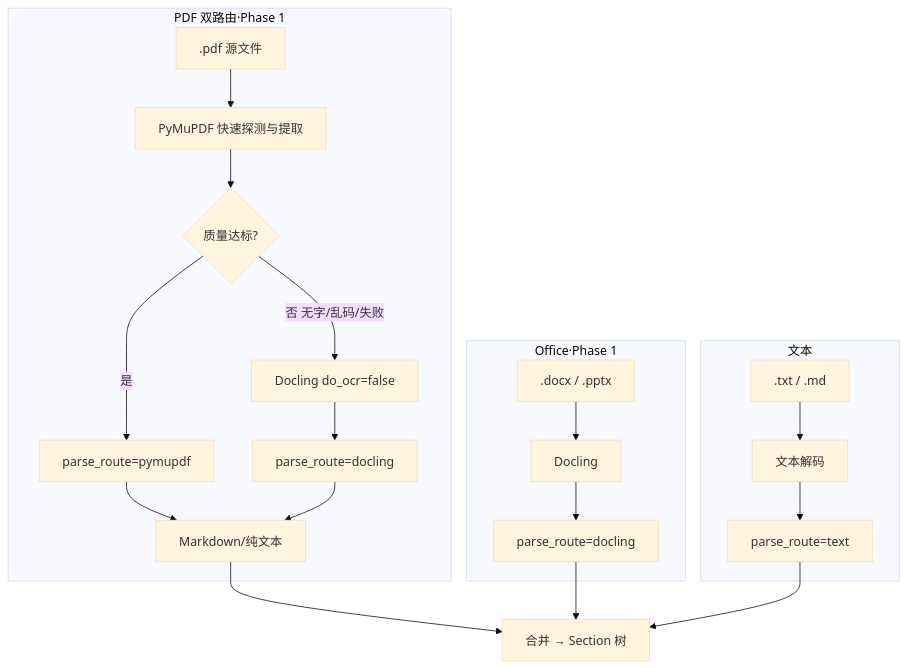
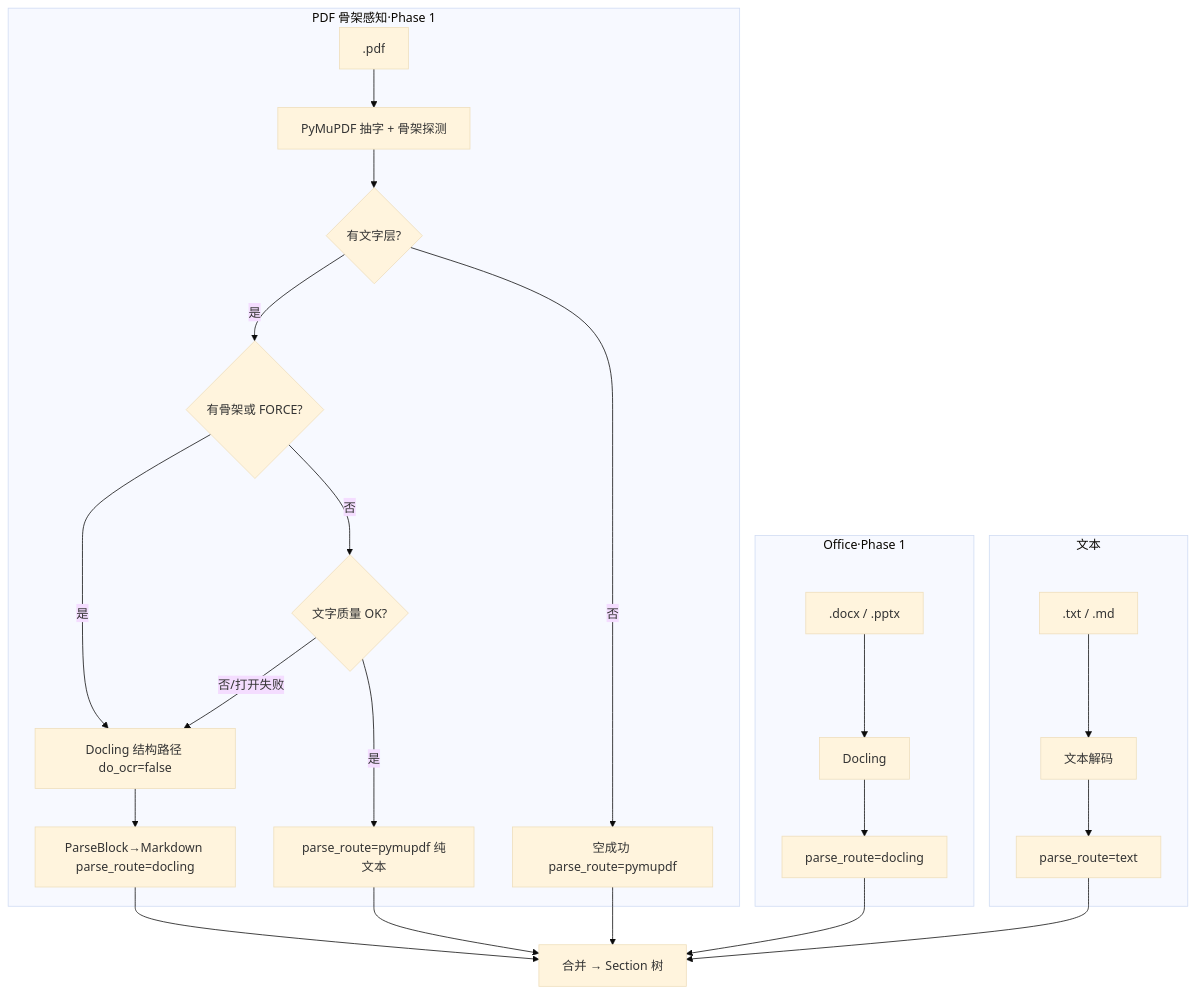
Before and after one commit to zmisi/rag-as-service: the second of 3 diagrams in docs/specs/phase1/features/F04-doc-indexing.md, drawn with Mermaid (base theme). The commit also changed other lines of this file and 11 other files, not shown here.

````diff
--- a/docs/specs/phase1/features/F04-doc-indexing.md
+++ b/docs/specs/phase1/features/F04-doc-indexing.md
@@ -61,23 +61,27 @@
 ```mermaid
 flowchart TD
-  subgraph pdf [PDF 双路由·Phase 1]
-    P0[.pdf 源文件] --> P1[PyMuPDF 快速探测与提取]
-    P1 --> P2{质量达标?}
-    P2 -->|是| P3[parse_route=pymupdf]
-    P2 -->|否 无字/乱码/失败| P4[Docling do_ocr=false]
-    P4 --> P5[parse_route=docling]
-    P3 --> P6[Markdown/纯文本]
-    P5 --> P6
+  subgraph pdf [PDF 骨架感知·Phase 1]
+    P0[.pdf] --> P1[PyMuPDF 抽字 + 骨架探测]
+    P1 --> E{有文字层?}
+    E -->|否| P0e[空成功 parse_route=pymupdf]
+    E -->|是| S{有骨架或 FORCE?}
+    S -->|是| P4[Docling 结构路径 do_ocr=false]
+    P4 --> P5[ParseBlock→Markdown parse_route=docling]
+    S -->|否| Q{文字质量 OK?}
+    Q -->|是| P3[parse_route=pymupdf 纯文本]
+    Q -->|否/打开失败| P4
   end
   subgraph office [Office·Phase 1]
     O0[.docx / .pptx] --> O1[Docling]
     O1 --> O2[parse_route=docling]
   end
   subgraph text [文本]
     T0[.txt / .md] --> T1[文本解码]
     T1 --> T2[parse_route=text]
   end
-  P6 --> U[合并 → Section 树]
+  P5 --> U[合并 → Section 树]
+  P3 --> U
+  P0e --> U
   O2 --> U
   T2 --> U
 ```
````
